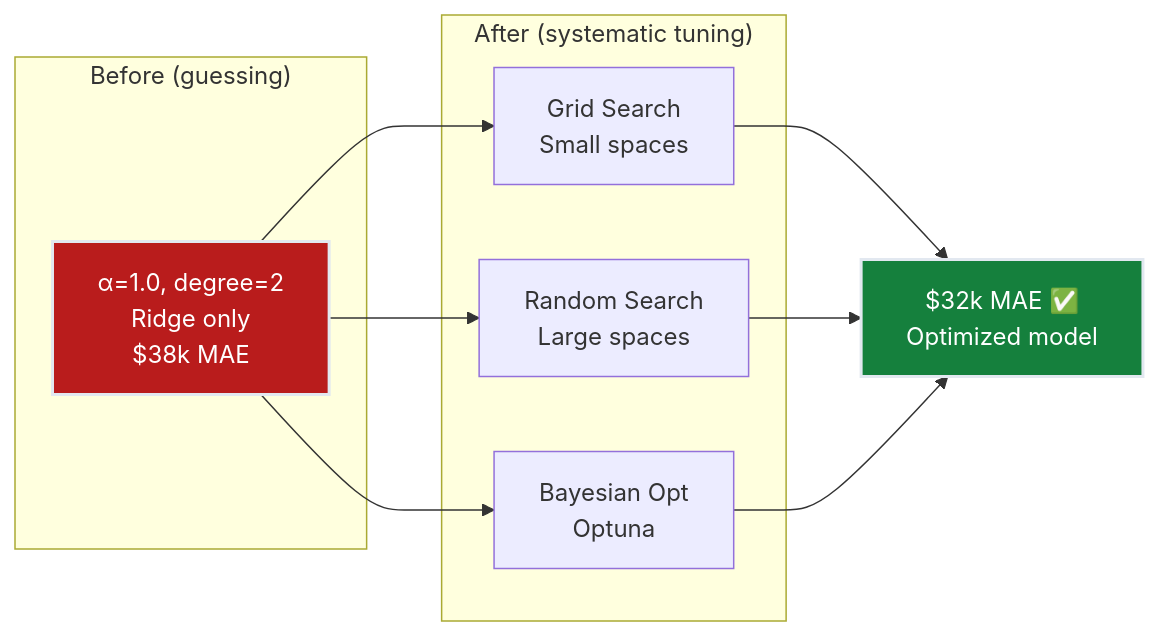
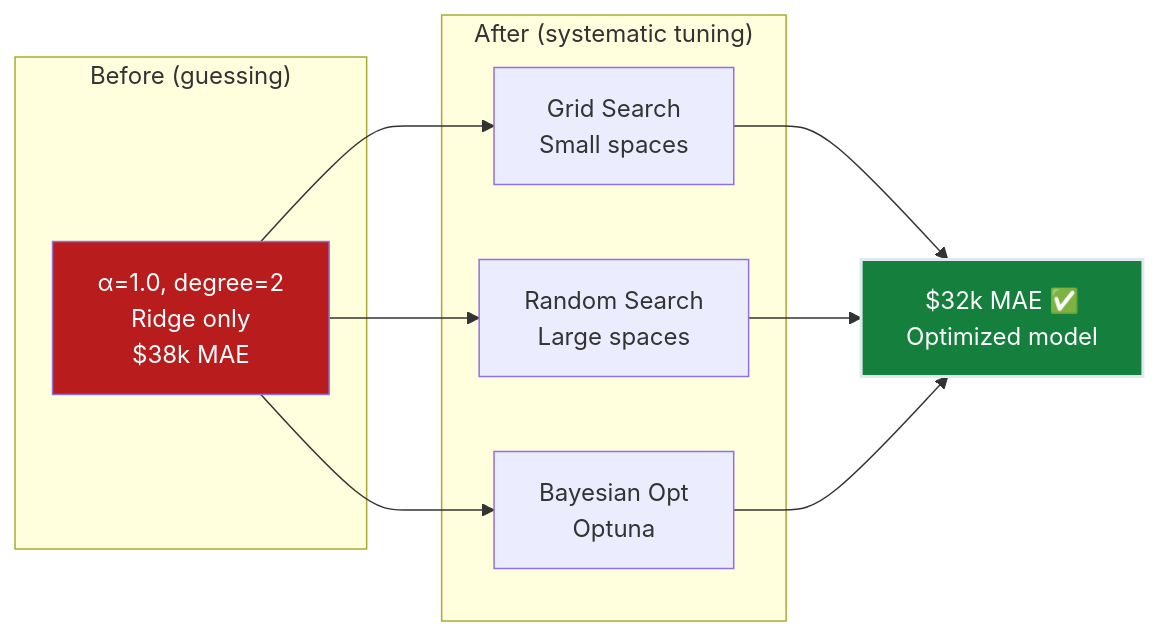
One commit to deepakshamsft/ai-portfolio changed the first of 4 diagrams in notes/01-ml/01_regression/ch07_hyperparameter_tuning/README.md. Above: the diagram before and after it, drawn with Mermaid. The commit also changed other lines of this file and 727 other files, not shown here.

````diff
--- a/notes/01-ml/01_regression/ch07_hyperparameter_tuning/README.md
+++ b/notes/01-ml/01_regression/ch07_hyperparameter_tuning/README.md
@@ -48,23 +46,23 @@
 ```mermaid
 flowchart LR
     subgraph "Before (guessing)"
         GUESS["α=1.0, degree=2<br/>Ridge only<br/>$38k MAE"]
     end
     
     subgraph "After (systematic tuning)"
         GRID["Grid Search<br/>Small spaces"]
         RANDOM["Random Search<br/>Large spaces"]
         BAYES["Bayesian Opt<br/>Optuna"]
     end
     
     GUESS --> GRID
     GUESS --> RANDOM
     GUESS --> BAYES
     
     GRID --> RESULT["$32k MAE ✅<br/>Optimized model"]
     RANDOM --> RESULT
     BAYES --> RESULT
     
-    style GUESS fill:#b91c1c,stroke:#e2e8f0,stroke-width:2px,color:#ffffff
+    style GUESS fill:#b91c1c,stroke:#e2e8f0,stroke:#width:2px,color:#ffffff
     style RESULT fill:#15803d,stroke:#e2e8f0,stroke-width:2px,color:#ffffff
 ```
````
